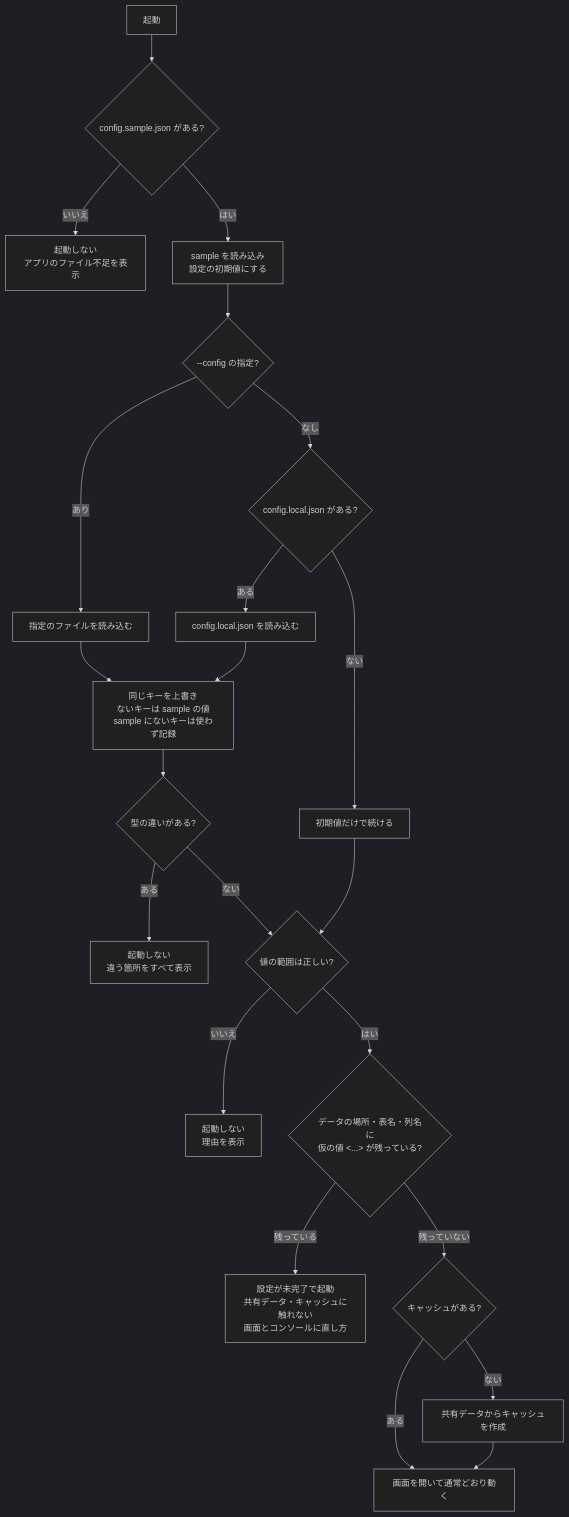
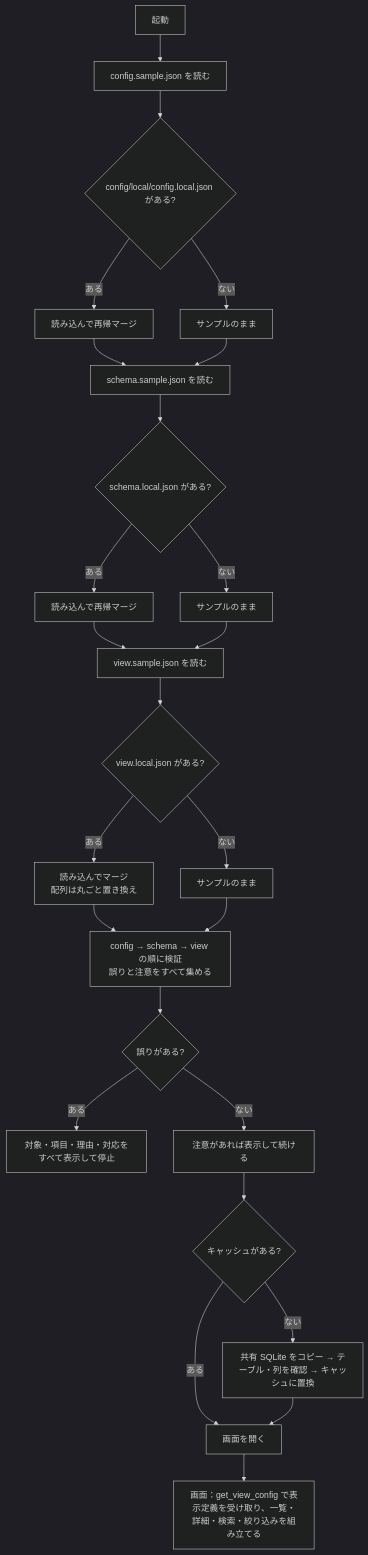
Before and after one commit to tkdtakeda/base: the diagram in data-search/docs/config-design.md, drawn with Mermaid (dark theme). The commit also changed other lines of this file and 48 other files, not shown here.

First line of the commit message:
Split settings into config/schema/view with sample defaults and local overrides

````diff
--- a/data-search/docs/config-design.md
+++ b/data-search/docs/config-design.md
@@ -60,24 +134,27 @@
 ```mermaid
 flowchart TD
-    A[起動] --> B{config.sample.json がある?}
-    B -- いいえ --> X1[起動しない<br/>アプリのファイル不足を表示]
-    B -- はい --> C[sample を読み込み<br/>設定の初期値にする]
-    C --> D{--config の指定?}
-    D -- あり --> E[指定のファイルを読み込む]
-    D -- なし --> F{config.local.json がある?}
-    F -- ない --> H[初期値だけで続ける]
-    F -- ある --> E2[config.local.json を読み込む]
-    E --> G[同じキーを上書き<br/>ないキーは sample の値<br/>sample にないキーは使わず記録]
-    E2 --> G
-    G --> T{型の違いがある?}
-    T -- ある --> X2[起動しない<br/>違う箇所をすべて表示]
-    T -- ない --> V{値の範囲は正しい?}
-    H --> V
-    V -- いいえ --> X3[起動しない<br/>理由を表示]
-    V -- はい --> P{データの場所・表名・列名に<br/>仮の値 &lt;...&gt; が残っている?}
-    P -- 残っている --> I[設定が未完了で起動<br/>共有データ・キャッシュに触れない<br/>画面とコンソールに直し方]
-    P -- 残っていない --> K{キャッシュがある?}
-    K -- ない --> R[共有データからキャッシュを作成]
-    K -- ある --> S
-    R --> S[画面を開いて通常どおり動く]
+    S[起動] --> C1[config.sample.json を読む]
+    C1 --> C2{config/local/config.local.json がある?}
+    C2 -- ある --> C3[読み込んで再帰マージ]
+    C2 -- ない --> C4[サンプルのまま]
+    C3 --> D1
+    C4 --> D1[schema.sample.json を読む]
+    D1 --> D2{schema.local.json がある?}
+    D2 -- ある --> D3[読み込んで再帰マージ]
+    D2 -- ない --> D4[サンプルのまま]
+    D3 --> V1
+    D4 --> V1[view.sample.json を読む]
+    V1 --> V2{view.local.json がある?}
+    V2 -- ある --> V3[読み込んでマージ<br/>配列は丸ごと置き換え]
+    V2 -- ない --> V4[サンプルのまま]
+    V3 --> K
+    V4 --> K[config → schema → view の順に検証<br/>誤りと注意をすべて集める]
+    K --> E{誤りがある?}
+    E -- ある --> X[対象・項目・理由・対応をすべて表示して停止]
+    E -- ない --> W[注意があれば表示して続ける]
+    W --> Q{キャッシュがある?}
+    Q -- ない --> R[共有 SQLite をコピー → テーブル・列を確認 → キャッシュに置換]
+    Q -- ある --> U
+    R --> U[画面を開く]
+    U --> G[画面：get_view_config で表示定義を受け取り、一覧・詳細・検索・絞り込みを組み立てる]
 ```
````
